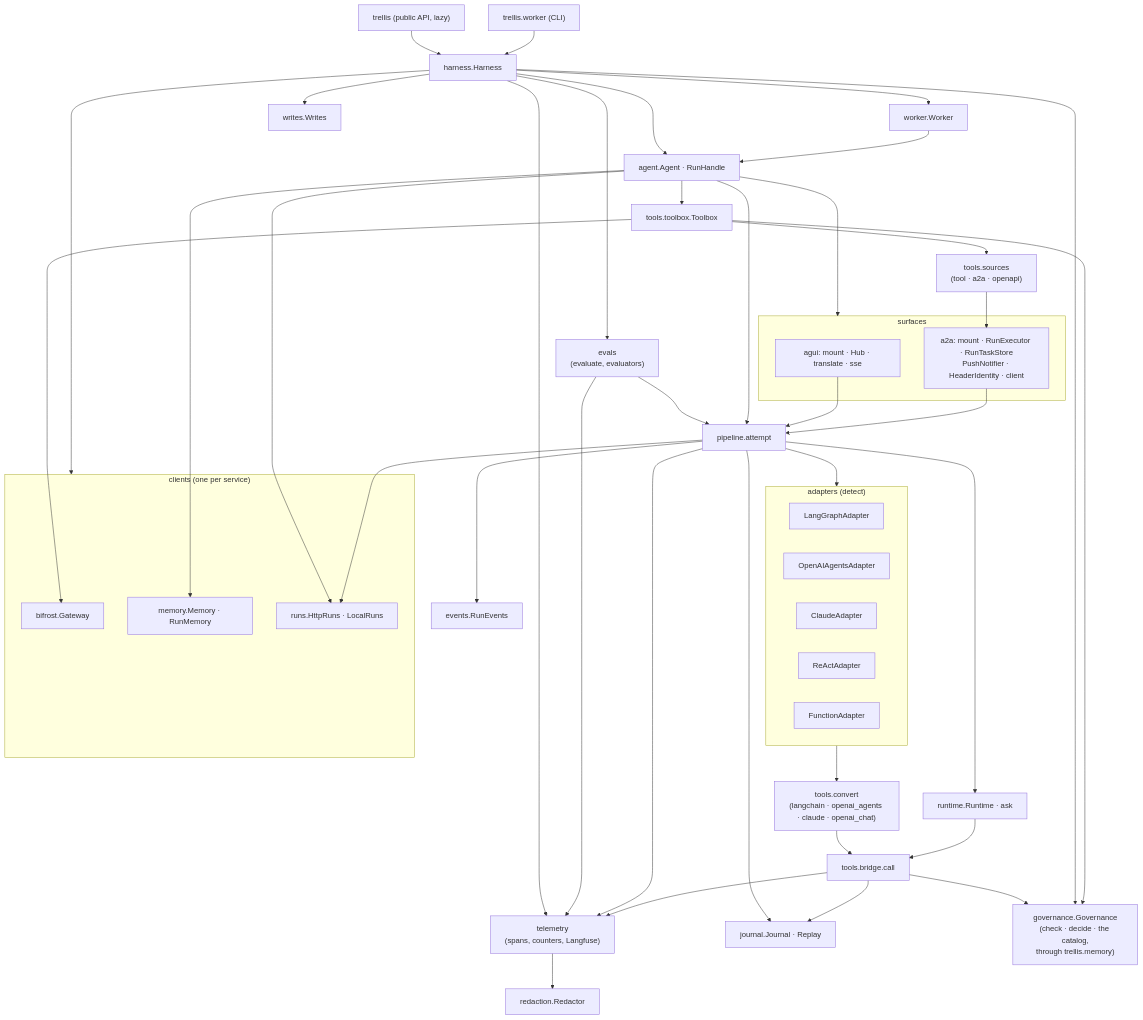
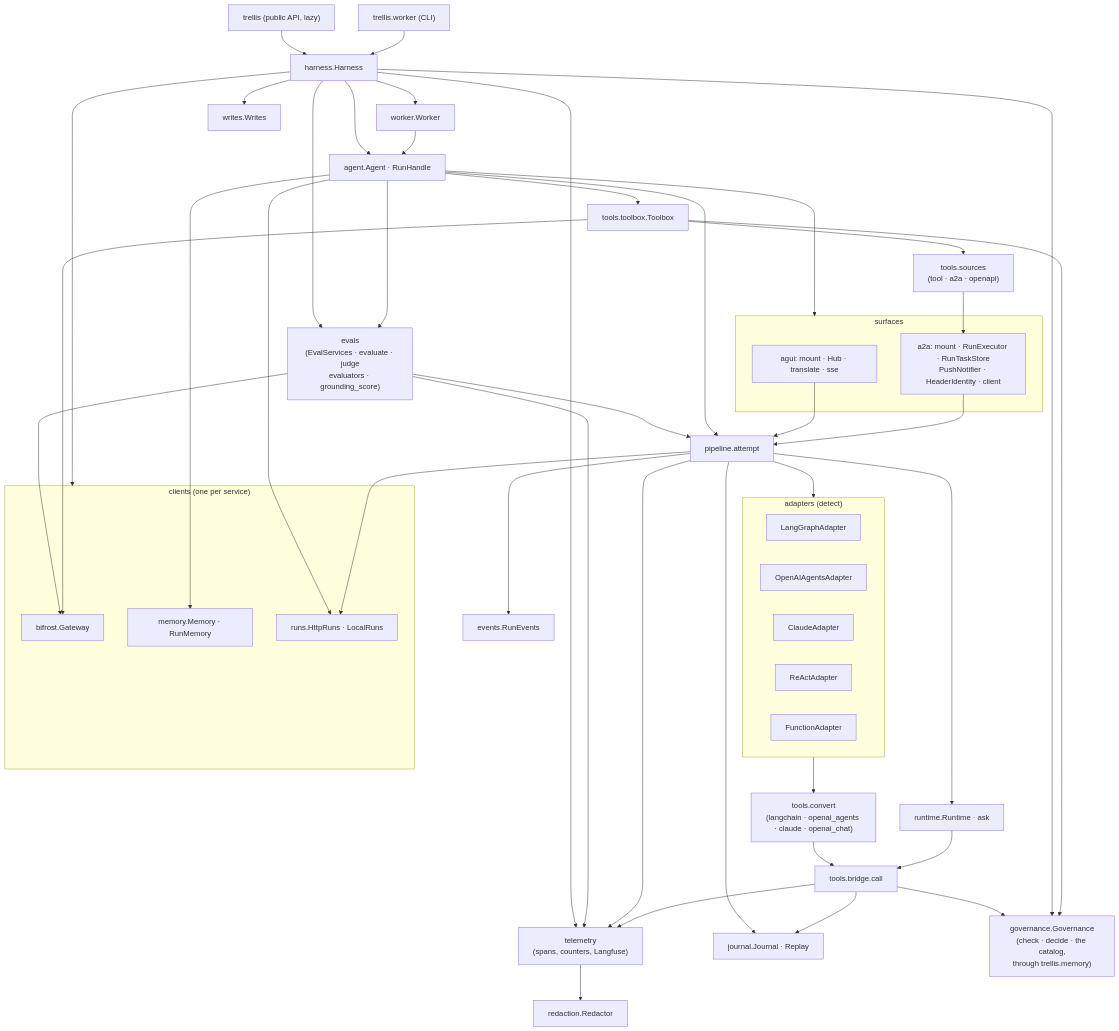
One commit to amitmohapatra/agent-harness changed the second of 10 diagrams in ARCHITECTURE.md. Above: the diagram before and after it, drawn with Mermaid. The commit also changed other lines of this file and 27 other files, not shown here.

First line of the commit message:
Evaluation becomes its own block: trellis.harness.evals

````diff
--- a/ARCHITECTURE.md
+++ b/ARCHITECTURE.md
@@ -100,55 +104,57 @@
 ```mermaid
 flowchart TB
   api["trellis (public API, lazy)"] --> harness["harness.Harness"]
   cli["trellis.worker (CLI)"] --> harness
   harness --> agent["agent.Agent · RunHandle"]
   harness --> workerm["worker.Worker"]
   harness --> writes["writes.Writes"]
   harness --> telemetry["telemetry<br/>(spans, counters, Langfuse)"]
-  harness --> evals["evals<br/>(evaluate, evaluators)"]
+  harness --> evals["evals<br/>(EvalServices · evaluate · judge<br/>evaluators · grounding_score)"]
+  agent --> evals
   evals --> pipeline
   evals --> telemetry
+  evals --> bifrost
   workerm --> agent
   agent --> pipeline["pipeline.attempt"]
   agent --> surfaces
   subgraph surfaces["surfaces"]
     agui["agui: mount · Hub · translate · sse"]
     a2a["a2a: mount · RunExecutor · RunTaskStore<br/>PushNotifier · HeaderIdentity · client"]
   end
   agui --> pipeline
   a2a --> pipeline
   pipeline --> runtime["runtime.Runtime · ask"]
   pipeline --> journal["journal.Journal · Replay"]
   pipeline --> events["events.RunEvents"]
   pipeline --> adapters
   subgraph adapters["adapters (detect)"]
     langgraph["LangGraphAdapter"]
     openai["OpenAIAgentsAdapter"]
     claude["ClaudeAdapter"]
     react["ReActAdapter"]
     function["FunctionAdapter"]
   end
   adapters --> convert["tools.convert<br/>(langchain · openai_agents · claude · openai_chat)"]
   convert --> bridge["tools.bridge.call"]
   runtime --> bridge
   bridge --> governance["governance.Governance<br/>(check · decide · the catalog,<br/>through trellis.memory)"]
   bridge --> journal
   harness --> governance
   agent --> toolbox["tools.toolbox.Toolbox"]
   toolbox --> governance
   toolbox --> sources["tools.sources<br/>(tool · a2a · openapi)"]
   sources --> a2a
   subgraph clients["clients (one per service)"]
     bifrost["bifrost.Gateway"]
     memory["memory.Memory · RunMemory"]
     runs["runs.HttpRuns · LocalRuns"]
   end
   toolbox --> bifrost
   agent --> memory
   agent --> runs
   pipeline --> runs
   harness --> clients
   telemetry --> redaction["redaction.Redactor"]
   pipeline --> telemetry
   bridge --> telemetry
 ```
````
